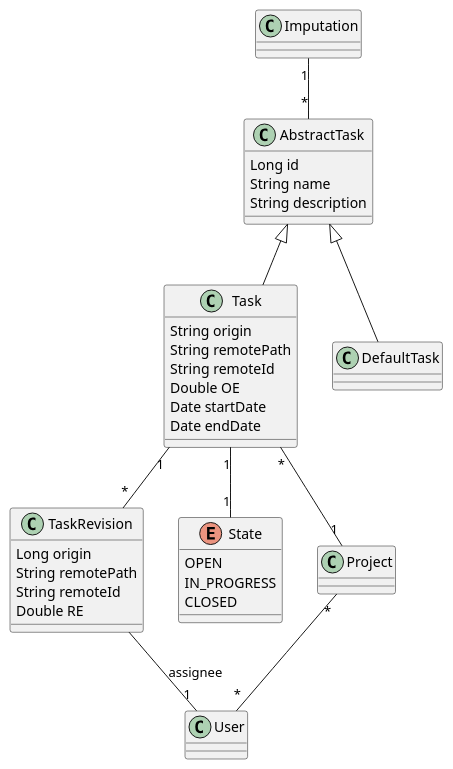
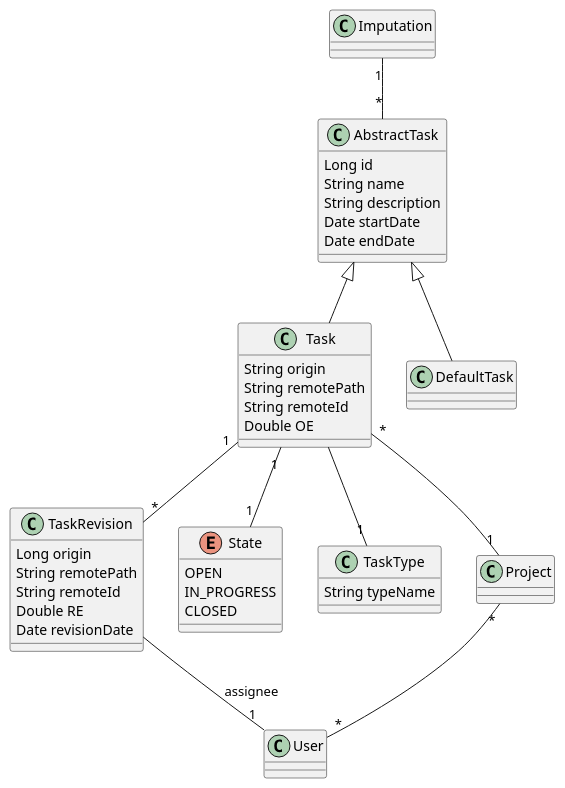
The diagram in docs/modeling/New_task.puml (TimeboardIO/timeboard), drawn with PlantUML before and after one commit. The commit also changed 1 other file, not shown here.

Commit message:
UML revision

```diff
--- a/docs/modeling/New_task.puml
+++ b/docs/modeling/New_task.puml
@@ -1,45 +1,52 @@
 @startuml
 
 abstract class AbstractTask
 
 
 AbstractTask <|-- Task
 AbstractTask <|-- DefaultTask
 
 Imputation "1" -- "*" AbstractTask
 Task "1" -- "*" TaskRevision
 Task "1" -- "1" State
+Task -- "1" TaskType
 Task "*" -- "1" Project
 TaskRevision -- "1" User :assignee
 Project "*" -- "*" User
 
 class AbstractTask {
 Long id
 String name
 String description
+Date startDate
+Date endDate
 }
 
 
 class Task {
 String origin
 String remotePath
 String remoteId
 Double OE
-Date startDate
-Date endDate
 }
 
 class TaskRevision {
 Long origin
 String remotePath
 String remoteId
 Double RE
+Date revisionDate
+
 }
 
 enum State {
   OPEN
   IN_PROGRESS
   CLOSED
 }
 
+class TaskType {
+  String typeName
+}
+
 @enduml
```
